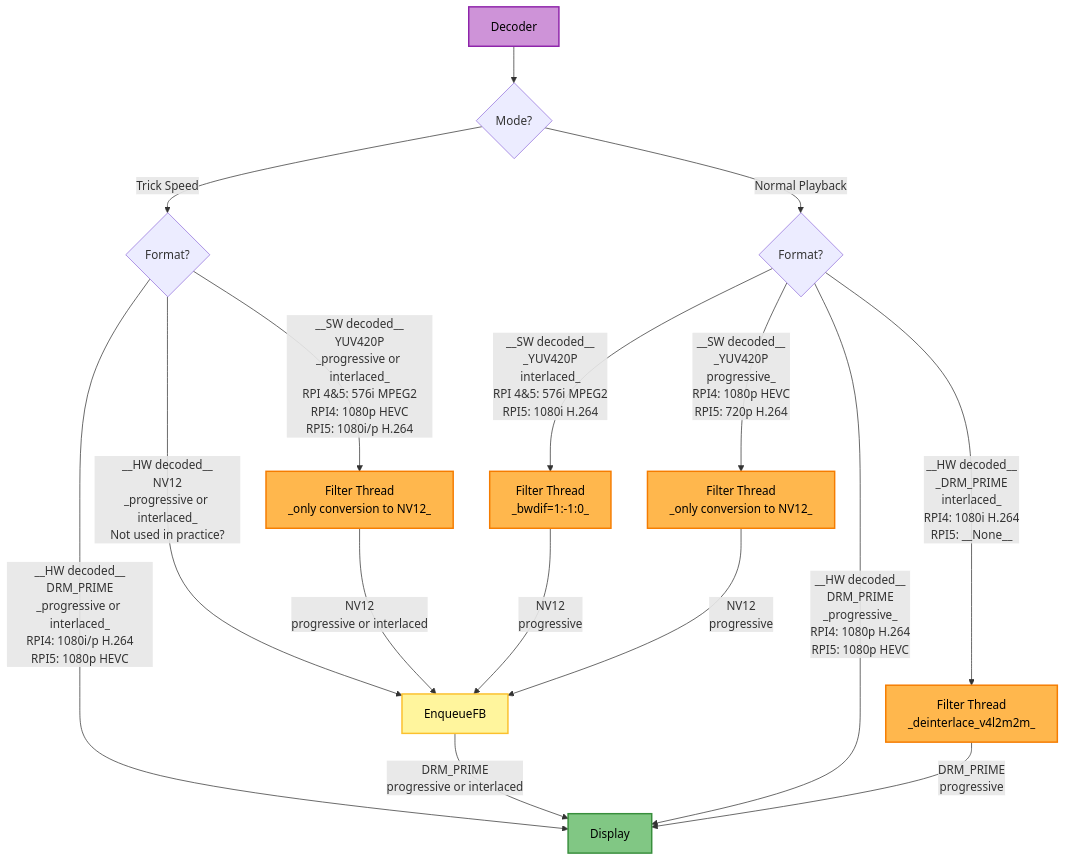
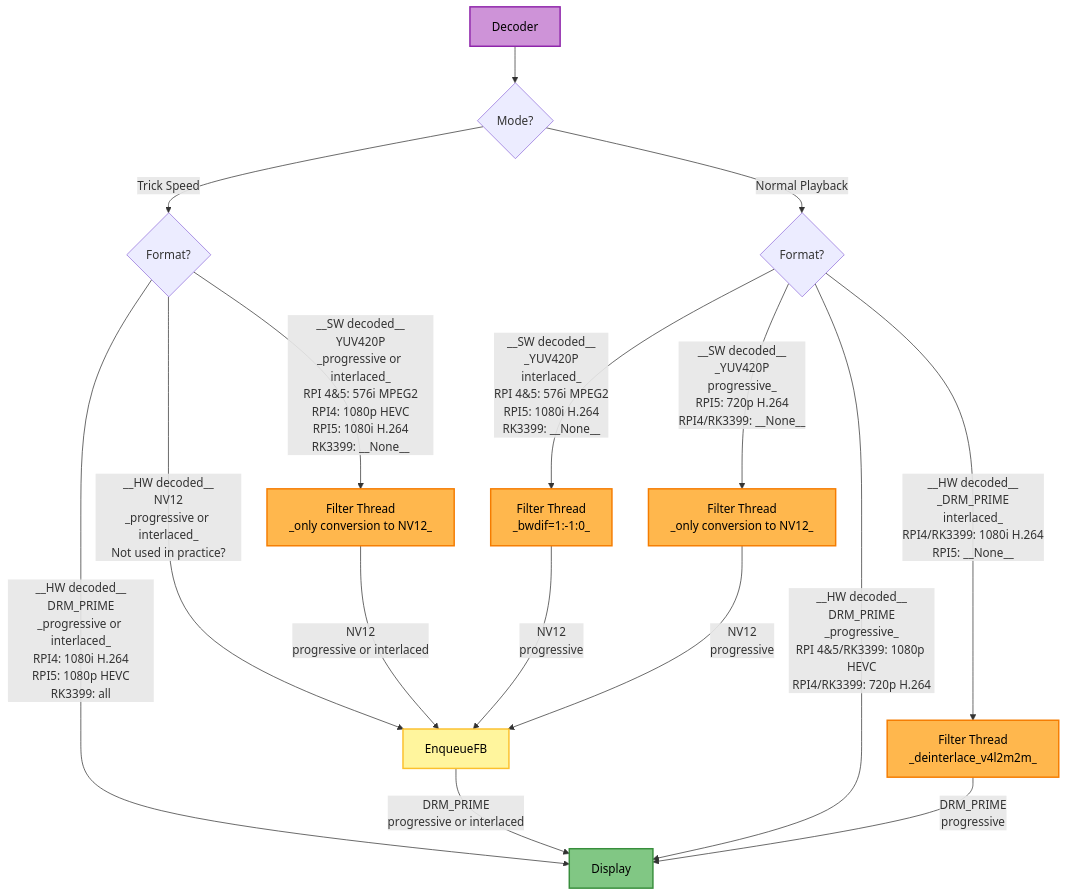
Before and after one commit to rellla/vdr-plugin-softhddevice-drm-gles: the fourth of 4 diagrams in DEVELOPER.md, drawn with Mermaid.

Commit message:
Implement review feedback

````diff
--- a/DEVELOPER.md
+++ b/DEVELOPER.md
@@ -210,34 +210,34 @@
 ```mermaid
 flowchart TD
     FilterThreadForceProgressive["Filter Thread<br/>_only conversion to NV12_"]
     FilterThreadProgressive["Filter Thread<br/>_only conversion to NV12_"]
     FilterThreadHwDeinterlacer["Filter Thread<br/>_deinterlace_v4l2m2m_"]
     FilterThreadSwDeinterlacer["Filter Thread<br/>_bwdif=1:-1:0_"]
 
     Decoder --> TrickSpeedDecision{Mode?}
     TrickSpeedDecision --> |Trick Speed|TrickSpeedFormat{Format?}
-    TrickSpeedFormat --> |__SW decoded__<br/>YUV420P<br/>_progressive or interlaced_<br/>RPI 4&5: 576i MPEG2<br/>RPI4: 1080p HEVC<br/>RPI5: 1080i/p H.264|FilterThreadForceProgressive
-    TrickSpeedFormat --> |__HW decoded__<br/>DRM_PRIME<br/>_progressive or interlaced_<br/>RPI4: 1080i/p H.264<br/>RPI5: 1080p HEVC|Display
+    TrickSpeedFormat --> |__SW decoded__<br/>YUV420P<br/>_progressive or interlaced_<br/>RPI 4&5: 576i MPEG2<br/>RPI4: 1080p HEVC<br/>RPI5: 1080i H.264<br/>RK3399: __None__|FilterThreadForceProgressive
+    TrickSpeedFormat --> |__HW decoded__<br/>DRM_PRIME<br/>_progressive or interlaced_<br/>RPI4: 1080i H.264<br/>RPI5: 1080p HEVC<br/>RK3399: all|Display
     TrickSpeedFormat --> |__HW decoded__<br/>NV12<br/>_progressive or interlaced_<br/>Not used in practice?|EnqueueFB
     EnqueueFB --> |DRM_PRIME<br/>progressive or interlaced|Display
     FilterThreadForceProgressive --> |NV12<br/>progressive or interlaced|EnqueueFB
 
     TrickSpeedDecision --> |Normal Playback|NormalPlaybackFormat{Format?}
-    NormalPlaybackFormat --> |__SW decoded__<br/>_YUV420P<br/>interlaced_<br/>RPI 4&5: 576i MPEG2<br/>RPI5: 1080i H.264|FilterThreadSwDeinterlacer
-    NormalPlaybackFormat --> |__SW decoded__<br/>_YUV420P<br/>progressive_<br/>RPI4: 1080p HEVC<br/>RPI5: 720p H.264|FilterThreadProgressive
-    NormalPlaybackFormat --> |__HW decoded__<br/>_DRM_PRIME<br/>interlaced_<br/>RPI4: 1080i H.264<br/>RPI5: __None__|FilterThreadHwDeinterlacer
-    NormalPlaybackFormat --> |__HW decoded__<br/>DRM_PRIME<br/>_progressive_<br/>RPI4: 1080p H.264<br/>RPI5: 1080p HEVC|Display
+    NormalPlaybackFormat --> |__SW decoded__<br/>_YUV420P<br/>interlaced_<br/>RPI 4&5: 576i MPEG2<br/>RPI5: 1080i H.264<br/>RK3399: __None__|FilterThreadSwDeinterlacer
+    NormalPlaybackFormat --> |__SW decoded__<br/>_YUV420P<br/>progressive_<br/>RPI5: 720p H.264<br/>RPI4/RK3399: __None__|FilterThreadProgressive
+    NormalPlaybackFormat --> |__HW decoded__<br/>_DRM_PRIME<br/>interlaced_<br/>RPI4/RK3399: 1080i H.264<br/>RPI5: __None__|FilterThreadHwDeinterlacer
+    NormalPlaybackFormat --> |__HW decoded__<br/>DRM_PRIME<br/>_progressive_<br/>RPI 4&5/RK3399: 1080p HEVC<br/>RPI4/RK3399: 720p H.264|Display
     FilterThreadSwDeinterlacer --> |NV12<br/>progressive|EnqueueFB
     FilterThreadProgressive --> |NV12<br/>progressive|EnqueueFB
     FilterThreadHwDeinterlacer --> |DRM_PRIME<br/>progressive|Display
 
     classDef decThread fill:#ce93d8,stroke:#8e24aa,stroke-width:2px,color:#000000
     classDef filterThread fill:#ffb74d,stroke:#f57c00,stroke-width:2px,color:#000000
     classDef displayThread fill:#81c784,stroke:#388e3c,stroke-width:2px,color:#000000
     classDef buffer fill:#fff59d,stroke:#fbc02d,stroke-width:2px,color:#000000
 
     class Decoder decThread
     class FilterThreadForceProgressive,FilterThreadProgressive,FilterThreadHwDeinterlacer,FilterThreadSwDeinterlacer filterThread
     class Display displayThread
     class EnqueueFB buffer
 ```
````
